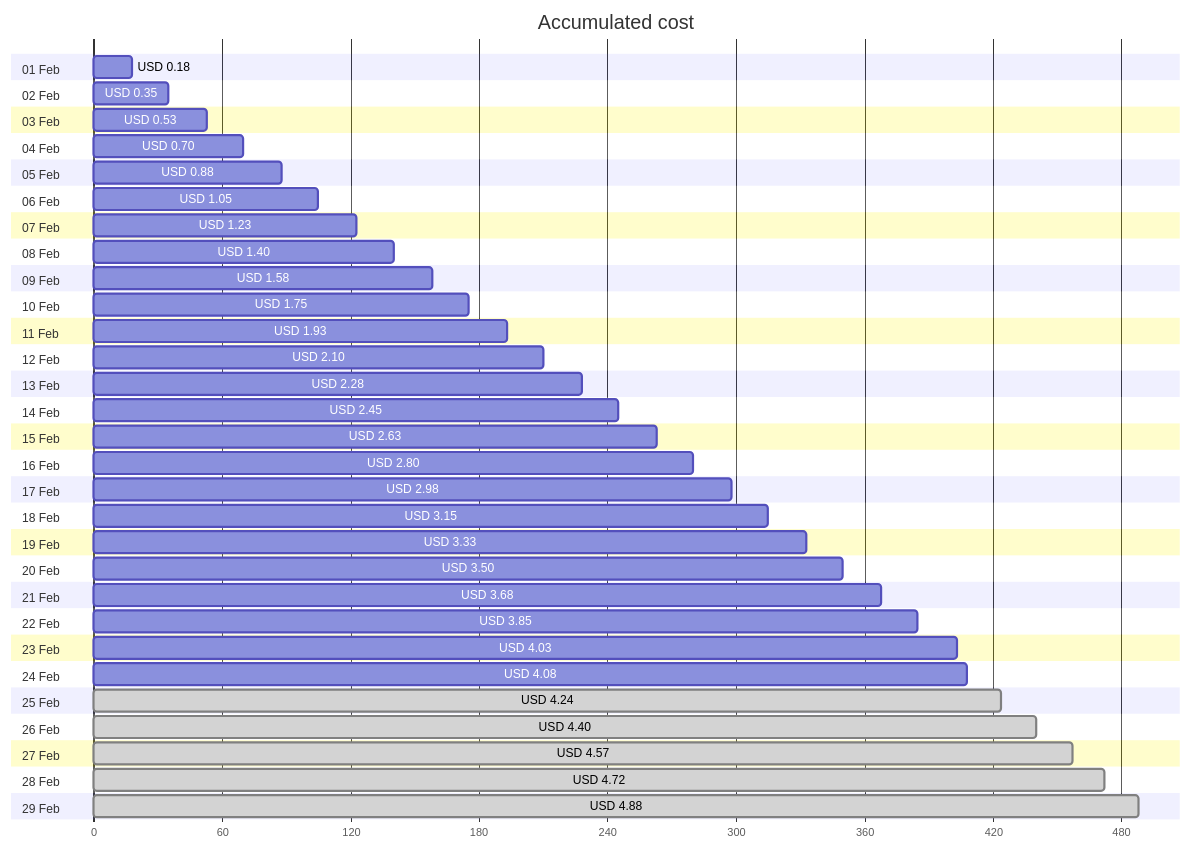
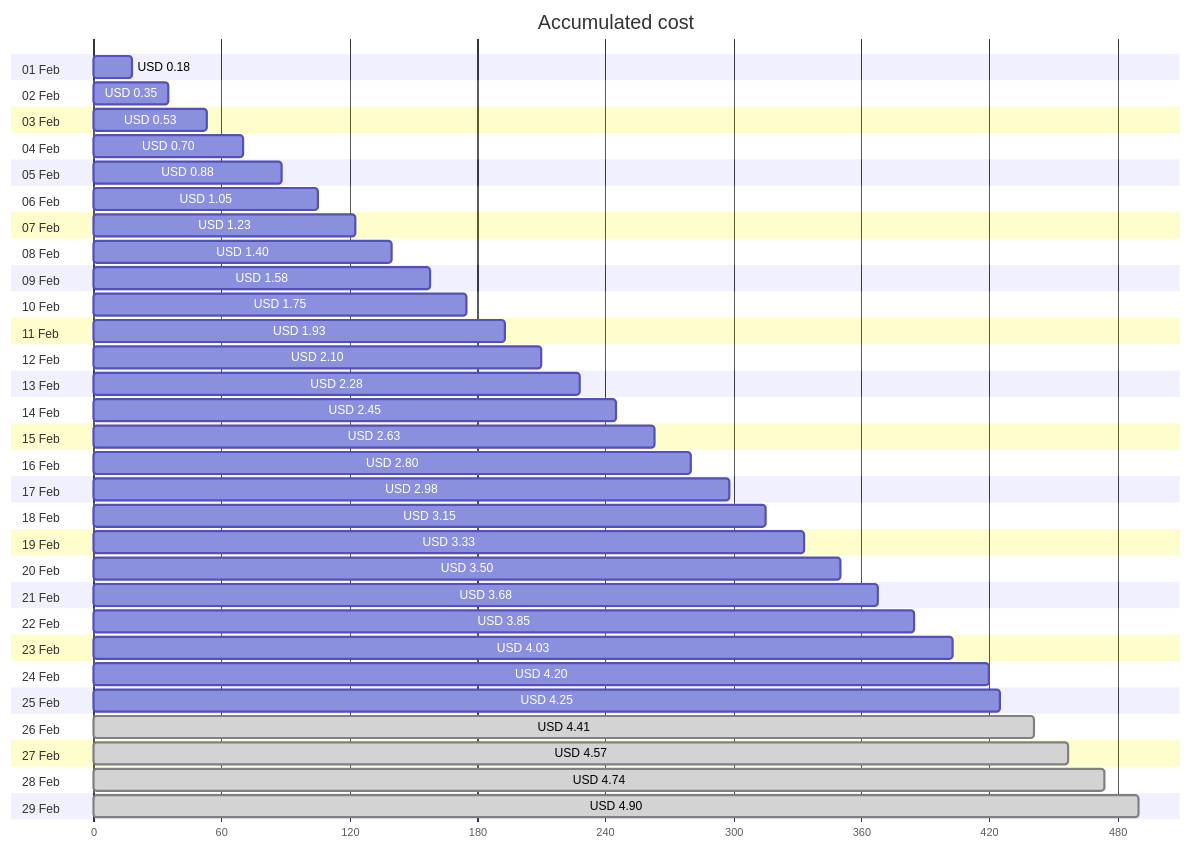
The first of 4 diagrams in cost-reports/personal-network/backup-server.md (jpfulton/azure-personal-reports), drawn with Mermaid before and after one commit. The commit also changed other lines of this file and 8 other files, not shown here.

````diff
--- a/cost-reports/personal-network/backup-server.md
+++ b/cost-reports/personal-network/backup-server.md
@@ -20,64 +20,64 @@
 ```mermaid
 gantt
    title Accumulated cost
    dateFormat  X
    axisFormat %s
    section 01 Feb
    USD 0.18 :0, 18
    section 02 Feb
    USD 0.35 :0, 35
    section 03 Feb
    USD 0.53 :0, 53
    section 04 Feb
    USD 0.70 :0, 70
    section 05 Feb
    USD 0.88 :0, 88
    section 06 Feb
    USD 1.05 :0, 105
    section 07 Feb
    USD 1.23 :0, 123
    section 08 Feb
    USD 1.40 :0, 140
    section 09 Feb
    USD 1.58 :0, 158
    section 10 Feb
    USD 1.75 :0, 175
    section 11 Feb
    USD 1.93 :0, 193
    section 12 Feb
    USD 2.10 :0, 210
    section 13 Feb
    USD 2.28 :0, 228
    section 14 Feb
    USD 2.45 :0, 245
    section 15 Feb
    USD 2.63 :0, 263
    section 16 Feb
    USD 2.80 :0, 280
    section 17 Feb
    USD 2.98 :0, 298
    section 18 Feb
    USD 3.15 :0, 315
    section 19 Feb
    USD 3.33 :0, 333
    section 20 Feb
    USD 3.50 :0, 350
    section 21 Feb
    USD 3.68 :0, 368
    section 22 Feb
    USD 3.85 :0, 385
    section 23 Feb
    USD 4.03 :0, 403
    section 24 Feb
-   USD 4.08 :0, 408
+   USD 4.20 :0, 420
    section 25 Feb
-   USD 4.24 : done, 0, 424
+   USD 4.25 :0, 425
    section 26 Feb
-   USD 4.40 : done, 0, 440
+   USD 4.41 : done, 0, 441
    section 27 Feb
    USD 4.57 : done, 0, 457
    section 28 Feb
-   USD 4.72 : done, 0, 472
+   USD 4.74 : done, 0, 474
    section 29 Feb
-   USD 4.88 : done, 0, 488
+   USD 4.90 : done, 0, 490
 ```
````
